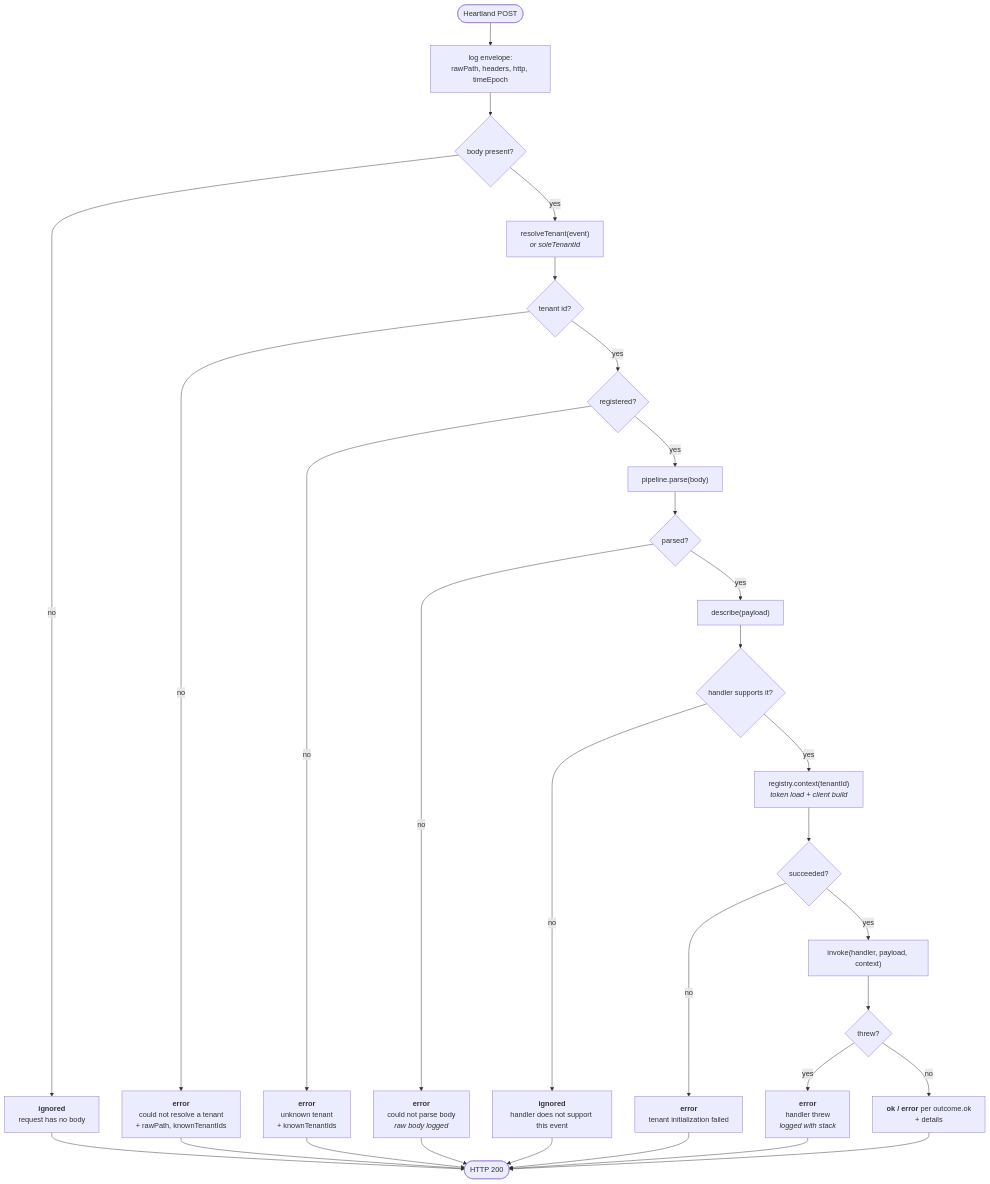
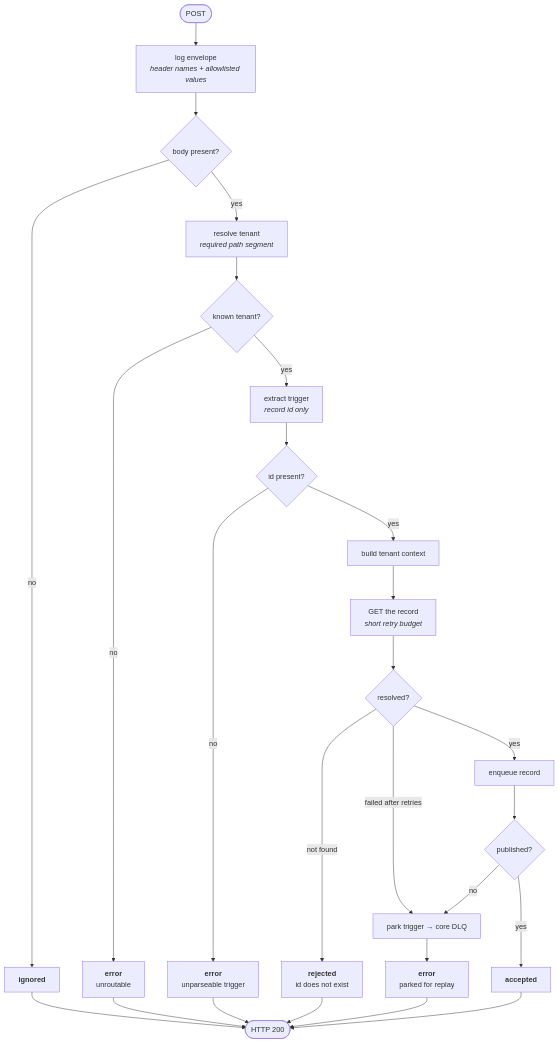
Before and after one commit to bamherndon/Clutch: the second of 3 diagrams in heartland-webhooks-core/design/02-webhook-pipeline.md, drawn with Mermaid. The commit also changed other lines of this file and 1 other file, not shown here.

First line of the commit message:
Document the target pipeline, with a gap table to the issues that close it

````diff
--- a/heartland-webhooks-core/design/02-webhook-pipeline.md
+++ b/heartland-webhooks-core/design/02-webhook-pipeline.md
@@ -52,33 +30,29 @@
 ```mermaid
 flowchart TD
-    START([Heartland POST]) --> LOGENV["log envelope:<br/>rawPath, headers, http, timeEpoch"]
-    LOGENV --> BODY{"body present?"}
-    BODY -->|no| IGN1["<b>ignored</b><br/>request has no body"]
-    BODY -->|yes| RESOLVE["resolveTenant(event)<br/><i>or soleTenantId</i>"]
-    RESOLVE --> GOT{"tenant id?"}
-    GOT -->|no| ERR1["<b>error</b><br/>could not resolve a tenant<br/>+ rawPath, knownTenantIds"]
-    GOT -->|yes| KNOWN{"registered?"}
-    KNOWN -->|no| ERR2["<b>error</b><br/>unknown tenant<br/>+ knownTenantIds"]
-    KNOWN -->|yes| PARSE["pipeline.parse(body)"]
-    PARSE --> OK{"parsed?"}
-    OK -->|no| ERR3["<b>error</b><br/>could not parse body<br/><i>raw body logged</i>"]
-    OK -->|yes| DESC["describe(payload)"]
-    DESC --> SUP{"handler supports it?"}
-    SUP -->|no| IGN2["<b>ignored</b><br/>handler does not support this event"]
-    SUP -->|yes| CTX["registry.context(tenantId)<br/><i>token load + client build</i>"]
-    CTX --> CTXOK{"succeeded?"}
-    CTXOK -->|no| ERR4["<b>error</b><br/>tenant initialization failed"]
-    CTXOK -->|yes| INVOKE["invoke(handler, payload, context)"]
-    INVOKE --> THREW{"threw?"}
-    THREW -->|yes| ERR5["<b>error</b><br/>handler threw<br/><i>logged with stack</i>"]
-    THREW -->|no| DONE["<b>ok / error</b> per outcome.ok<br/>+ details"]
+    START([POST]) --> LOG["log envelope<br/><i>header names + allowlisted values</i>"]
+    LOG --> BODY{"body present?"}
+    BODY -->|no| IGN["<b>ignored</b>"]
+    BODY -->|yes| TEN["resolve tenant<br/><i>required path segment</i>"]
+    TEN --> TENOK{"known tenant?"}
+    TENOK -->|no| ERR1["<b>error</b><br/>unroutable"]
+    TENOK -->|yes| PARSE["extract trigger<br/><i>record id only</i>"]
+    PARSE --> PID{"id present?"}
+    PID -->|no| ERR2["<b>error</b><br/>unparseable trigger"]
+    PID -->|yes| CTX["build tenant context"]
+    CTX --> FETCH["GET the record<br/><i>short retry budget</i>"]
+    FETCH --> FOK{"resolved?"}
+    FOK -->|"not found"| REJ["<b>rejected</b><br/>id does not exist"]
+    FOK -->|"failed after retries"| PARK["park trigger → core DLQ"]
+    FOK -->|yes| PUB["enqueue record"]
+    PUB --> PUBOK{"published?"}
+    PUBOK -->|no| PARK
+    PUBOK -->|yes| ACC["<b>accepted</b>"]
+    PARK --> ERRD["<b>error</b><br/>parked for replay"]
 
-    IGN1 --> R([HTTP 200])
-    ERR1 --> R
-    ERR2 --> R
-    ERR3 --> R
-    ERR4 --> R
-    IGN2 --> R
-    ERR5 --> R
-    DONE --> R
+    IGN --> R200([HTTP 200])
+    ERR1 --> R200
+    ERR2 --> R200
+    REJ --> R200
+    ERRD --> R200
+    ACC --> R200
 ```
````
